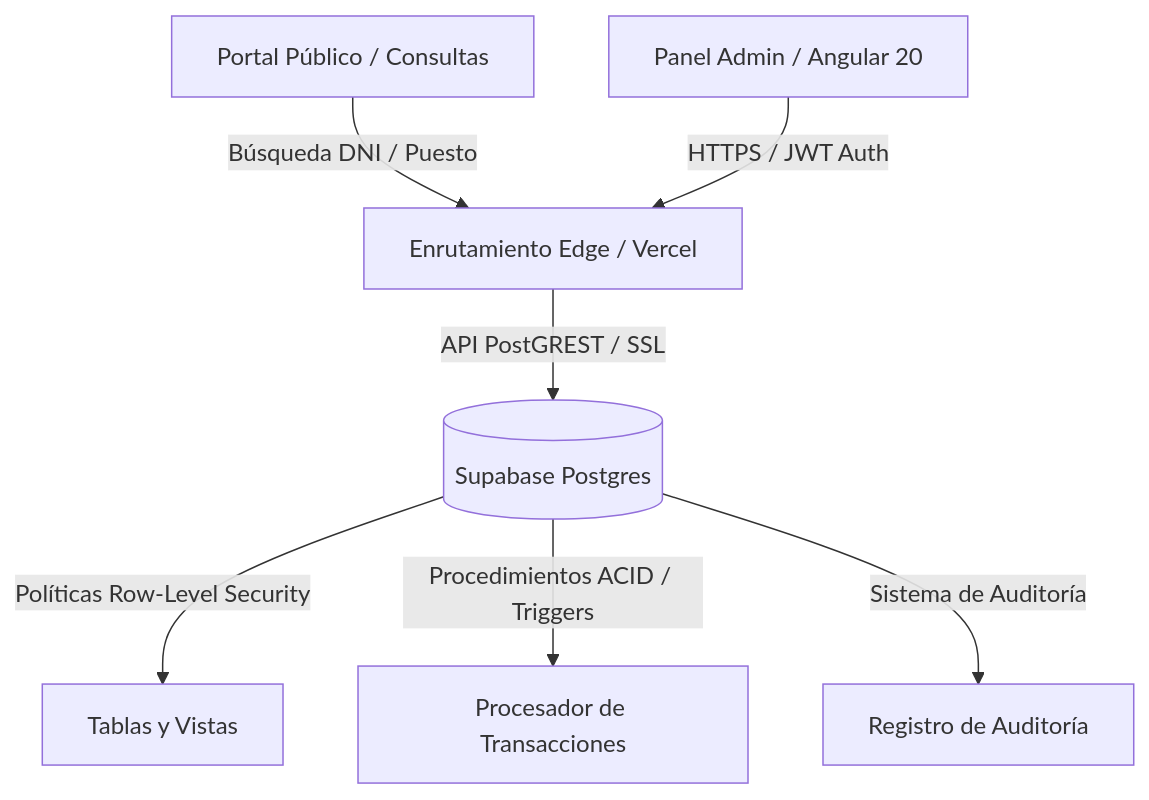
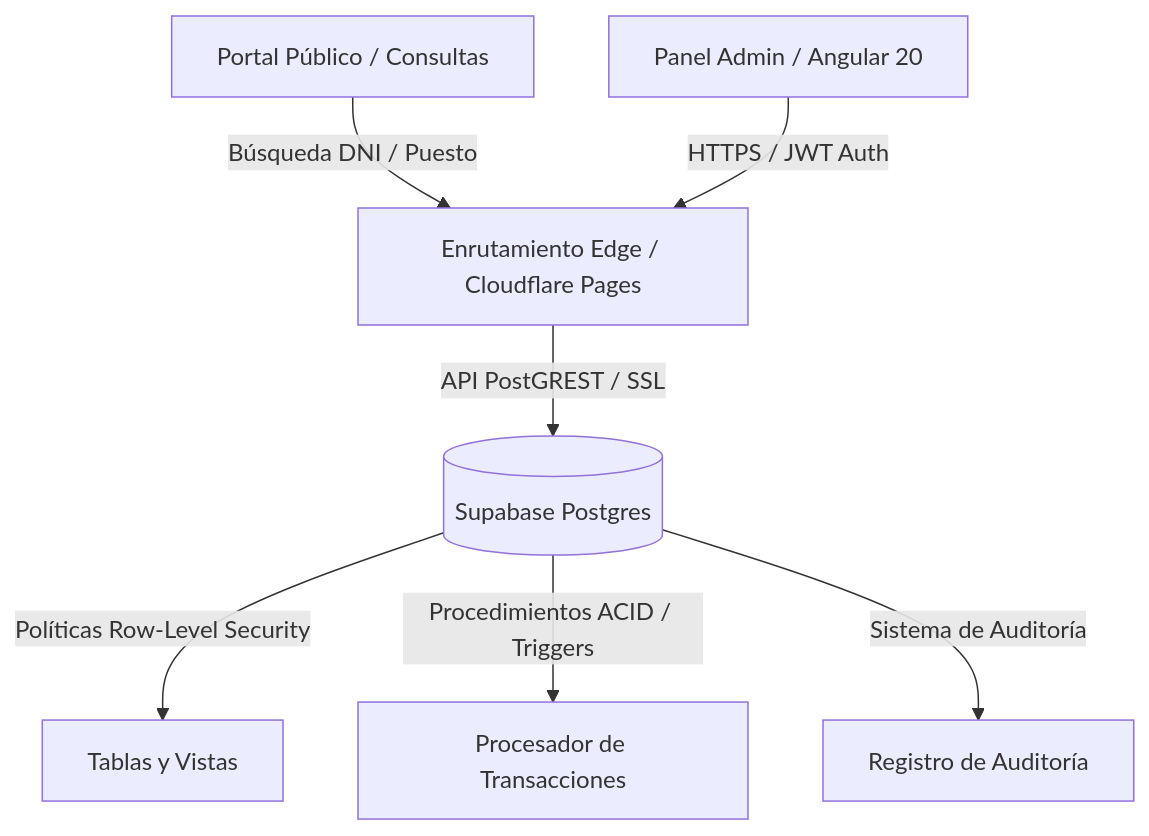
The diagram in README.es.md (omparedes/SistemaCooperativa), drawn with Mermaid before and after one commit. The commit also changed other lines of this file and 7 other files, not shown here.

````diff
--- a/README.es.md
+++ b/README.es.md
@@ -18,9 +18,9 @@
 ```mermaid
 graph TD
-    A[Portal Público / Consultas] -->|Búsqueda DNI / Puesto| B[Enrutamiento Edge / Vercel]
+    A[Portal Público / Consultas] -->|Búsqueda DNI / Puesto| B[Enrutamiento Edge / Cloudflare Pages]
     C[Panel Admin / Angular 20] -->|HTTPS / JWT Auth| B
     B -->|API PostGREST / SSL| D[(Supabase Postgres)]
     D -->|Políticas Row-Level Security| E[Tablas y Vistas]
     D -->|Procedimientos ACID / Triggers| F[Procesador de Transacciones]
     D -->|Sistema de Auditoría| G[Registro de Auditoría]
 ```
````
